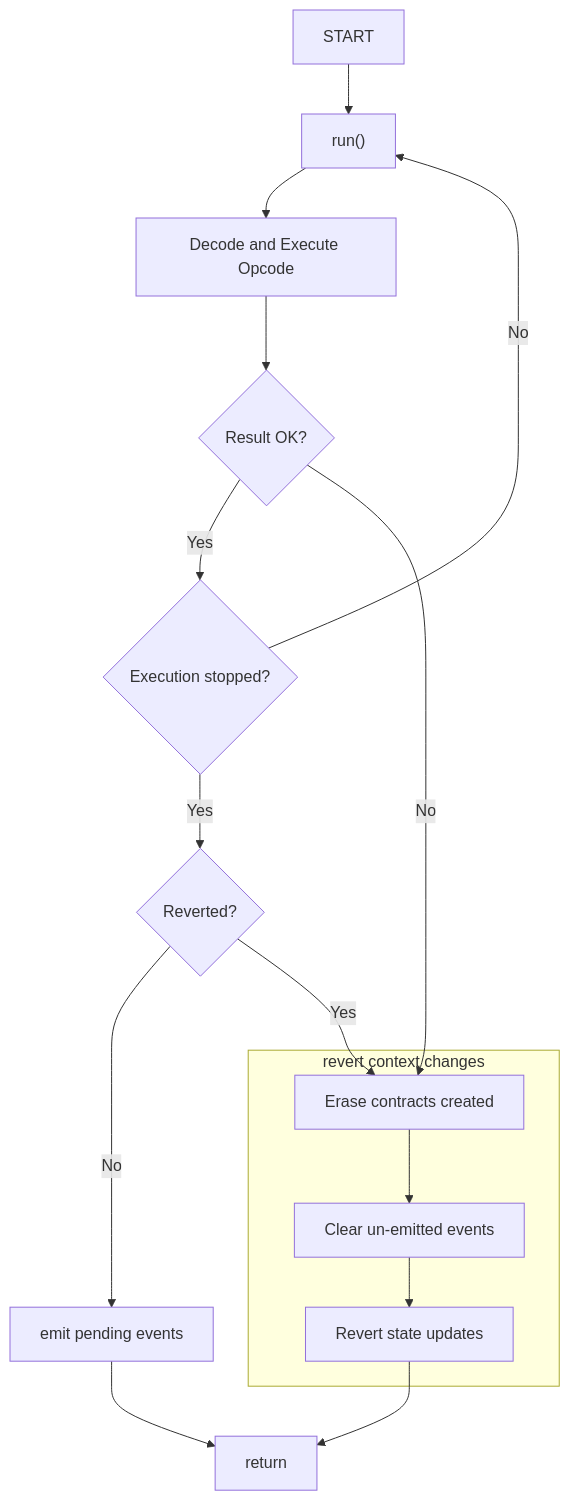
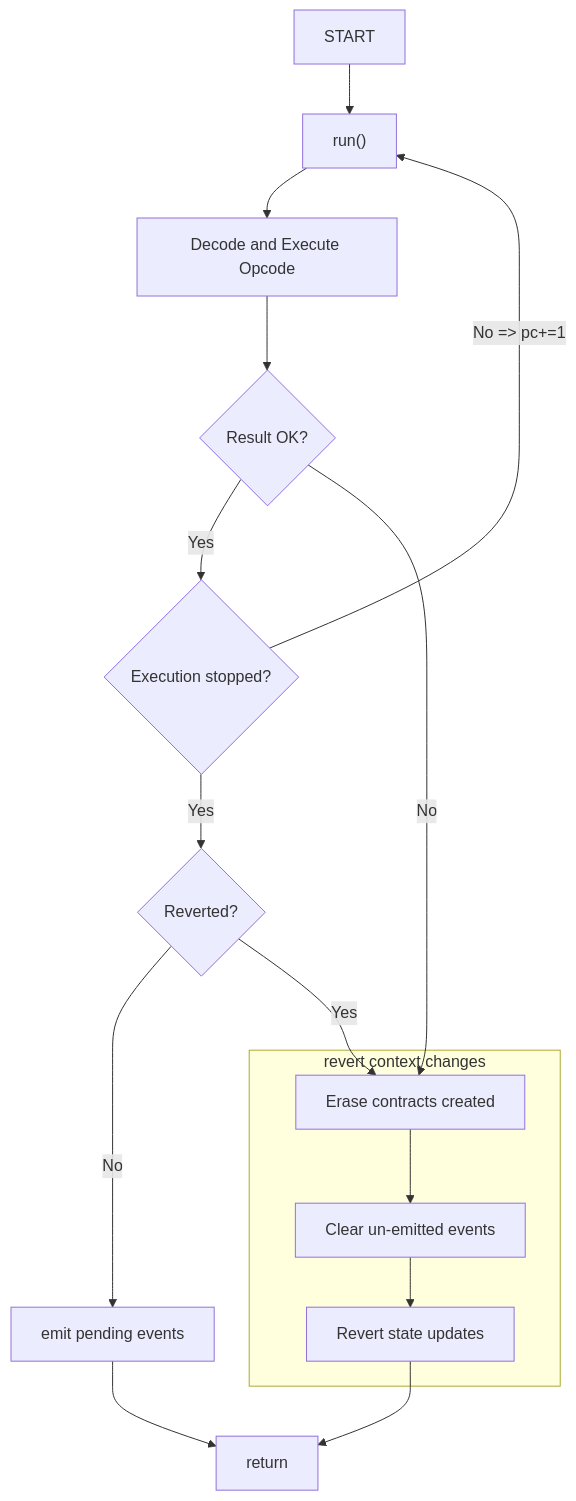
The second of 2 diagrams in docs/general/model/execution_context.md (kkrt-labs/kakarot-ssj), drawn with Mermaid before and after one commit. The commit also changed other lines of this file, not shown here.

Commit message:
feat: add pc+=1 to diagram

````diff
--- a/docs/general/model/execution_context.md
+++ b/docs/general/model/execution_context.md
@@ -59,19 +61,19 @@
 ```mermaid
 flowchart TD
 AA["START"] --> A
 A["run()"] --> B[Decode and Execute Opcode]
 B --> C{Result OK?}
 C -->|Yes| D{Execution stopped?}
-D -->|No| A
+D -->|No => pc+=1| A
 D -->|Yes| F{Reverted?}
 C -->|No| RA
 F --> |No| J["emit pending events"]
 J --> END["return"]
 F -->|Yes| RA[Erase contracts created]
 
 subgraph revert context changes
 RA --> RB["Clear un-emitted events"]
 RB --> RC["Revert state updates"]
 end
 RC --> END
 ```
````
